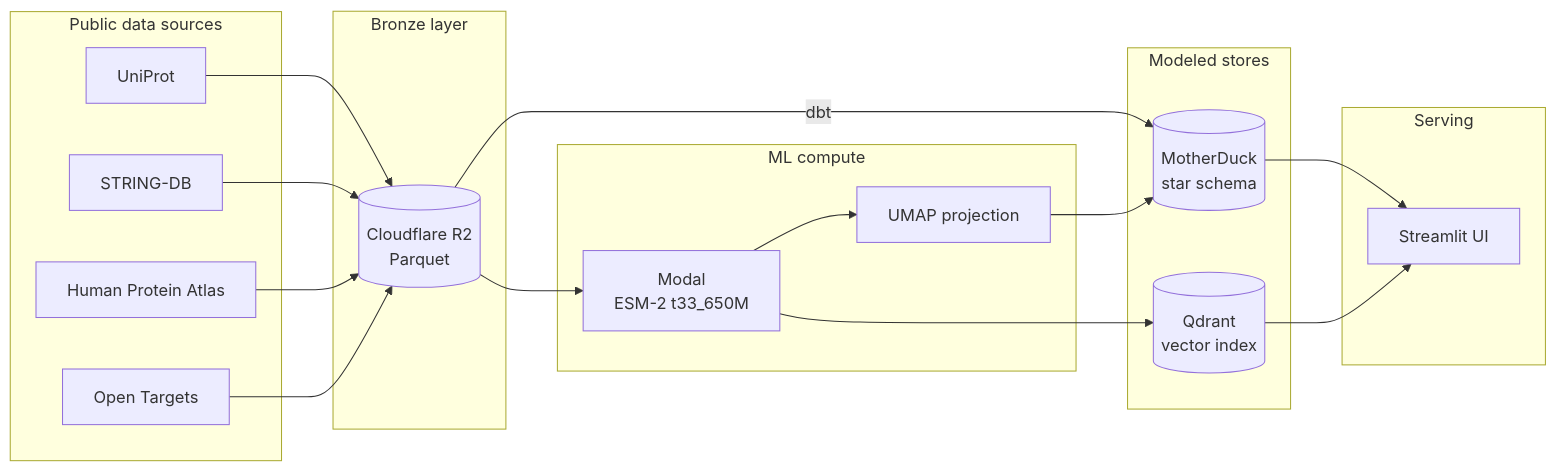
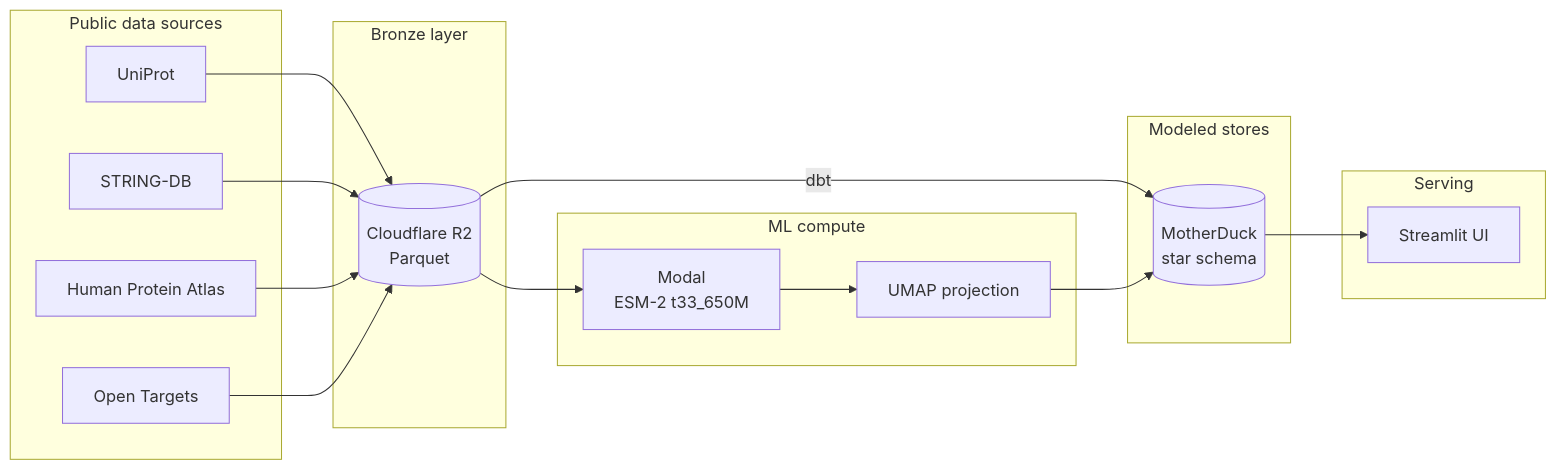
Before and after one commit to RM3006/human-protein-atlas: the diagram in README.md, drawn with Mermaid. The commit also changed other lines of this file and 20 other files, not shown here.

````diff
--- a/README.md
+++ b/README.md
@@ -59,35 +58,32 @@
 ```mermaid
 flowchart LR
     subgraph Sources["Public data sources"]
         UP[UniProt]
         ST[STRING-DB]
         HPA[Human Protein Atlas]
         OT[Open Targets]
     end
     subgraph Bronze["Bronze layer"]
         R2[(Cloudflare R2<br/>Parquet)]
     end
     subgraph ML["ML compute"]
         ESM[Modal<br/>ESM-2 t33_650M]
         UMAP[UMAP projection]
     end
     subgraph Stores["Modeled stores"]
         MD[(MotherDuck<br/>star schema)]
-        QD[(Qdrant<br/>vector index)]
     end
     subgraph Serve["Serving"]
         UI[Streamlit UI]
     end
 
     UP --> R2
     ST --> R2
     HPA --> R2
     OT --> R2
     R2 -->|dbt| MD
     R2 --> ESM
     ESM --> UMAP
     UMAP --> MD
-    ESM --> QD
     MD --> UI
-    QD --> UI
 ```
````
